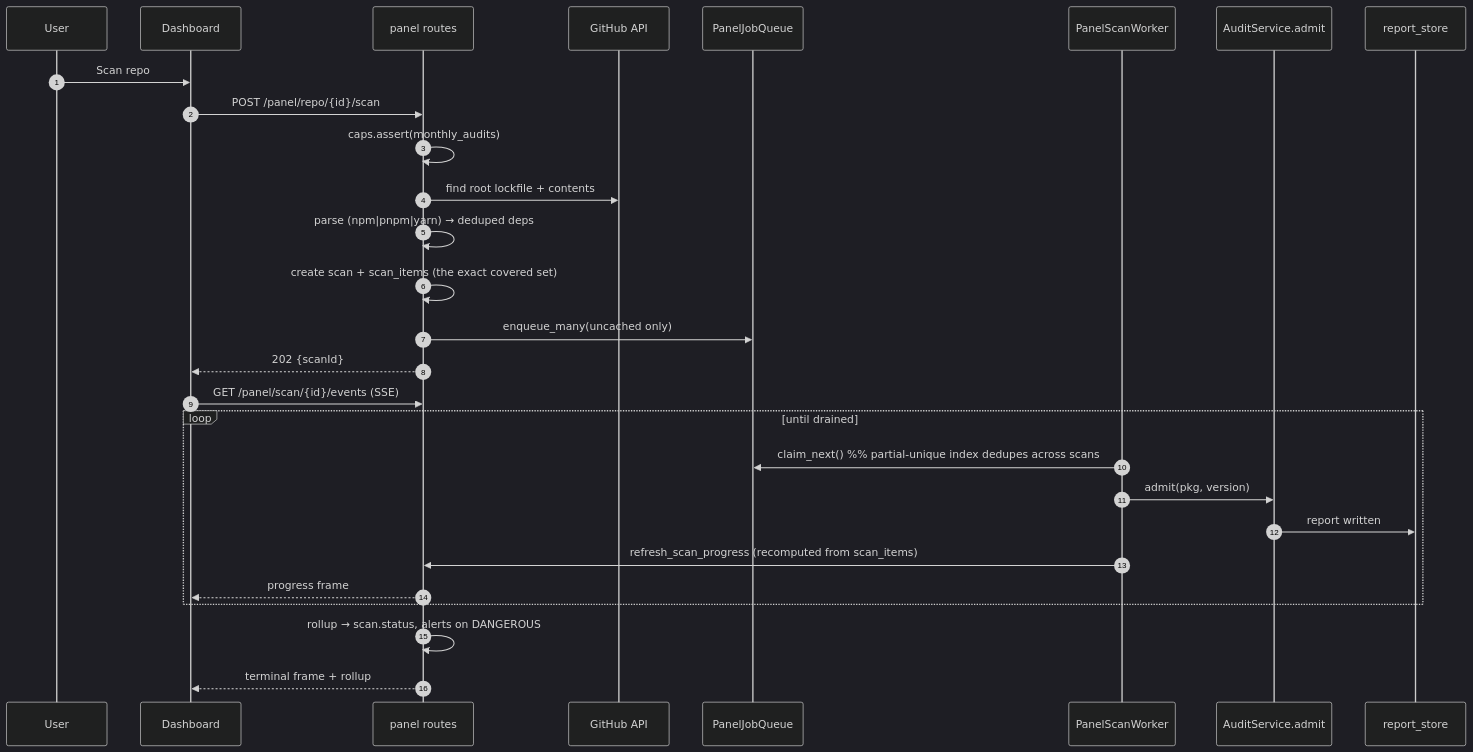
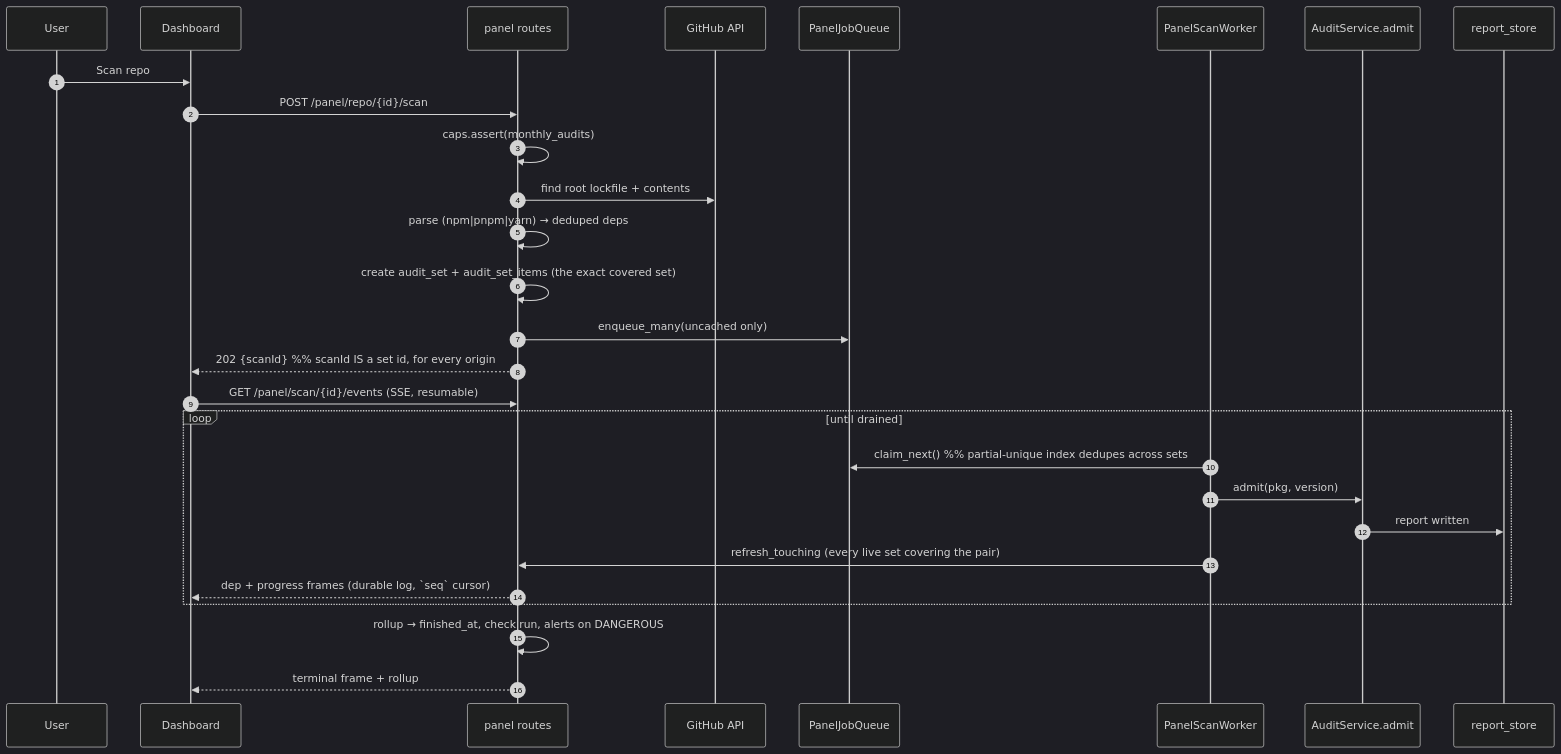
The seventh of 12 diagrams in docs/specs/2026-07-24-platform-v3-system-design.md (NpmGuard/NpmGuard), drawn with Mermaid (dark theme) before and after one commit. The commit also changed other lines of this file and 48 other files, not shown here.

````diff
--- a/docs/specs/2026-07-24-platform-v3-system-design.md
+++ b/docs/specs/2026-07-24-platform-v3-system-design.md
@@ -817,31 +835,31 @@
 ```mermaid
 sequenceDiagram
     autonumber
     participant U as User
     participant FE as Dashboard
     participant P as panel routes
     participant GH as GitHub API
     participant Q as PanelJobQueue
     participant W as PanelScanWorker
     participant A as AuditService.admit
     participant R as report_store
 
     U->>FE: Scan repo
     FE->>P: POST /panel/repo/{id}/scan
     P->>P: caps.assert(monthly_audits)
     P->>GH: find root lockfile + contents
     P->>P: parse (npm|pnpm|yarn) → deduped deps
-    P->>P: create scan + scan_items (the exact covered set)
+    P->>P: create audit_set + audit_set_items (the exact covered set)
     P->>Q: enqueue_many(uncached only)
-    P-->>FE: 202 {scanId}
-    FE->>P: GET /panel/scan/{id}/events (SSE)
+    P-->>FE: 202 {scanId}  %% scanId IS a set id, for every origin
+    FE->>P: GET /panel/scan/{id}/events (SSE, resumable)
     loop until drained
-        W->>Q: claim_next()  %% partial-unique index dedupes across scans
+        W->>Q: claim_next()  %% partial-unique index dedupes across sets
         W->>A: admit(pkg, version)
         A->>R: report written
-        W->>P: refresh_scan_progress (recomputed from scan_items)
-        P-->>FE: progress frame
+        W->>P: refresh_touching (every live set covering the pair)
+        P-->>FE: dep + progress frames (durable log, `seq` cursor)
     end
-    P->>P: rollup → scan.status, alerts on DANGEROUS
+    P->>P: rollup → finished_at, check run, alerts on DANGEROUS
     P-->>FE: terminal frame + rollup
 ```
````
